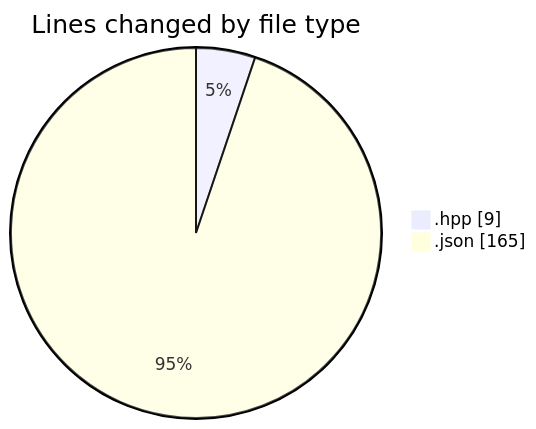
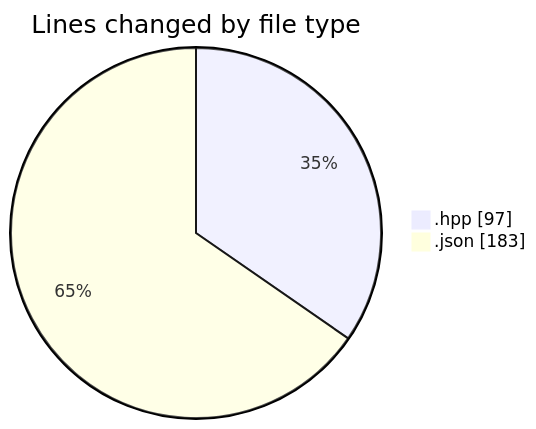
One commit to Netris89/code-tracking changed the first of 2 diagrams in 2025-04-29/date/README.md. Above: the diagram before and after it, drawn with Mermaid. The commit also changed other lines of this file and 1 other file, not shown here.

````diff
--- a/2025-04-29/date/README.md
+++ b/2025-04-29/date/README.md
@@ -21,6 +21,6 @@
 ```mermaid
 pie showData
 title Lines changed by file type
-".hpp" : 9
-".json" : 165
+".hpp" : 97
+".json" : 183
 ```
````
